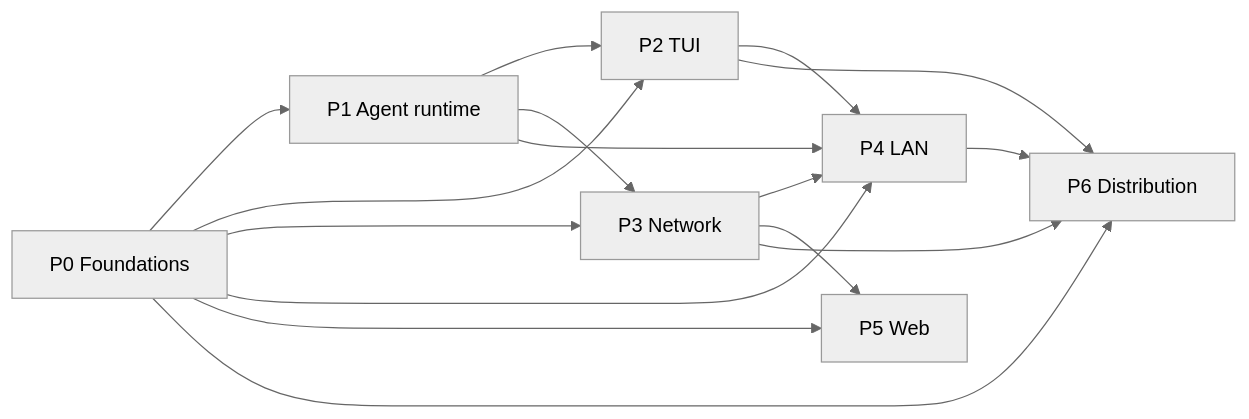
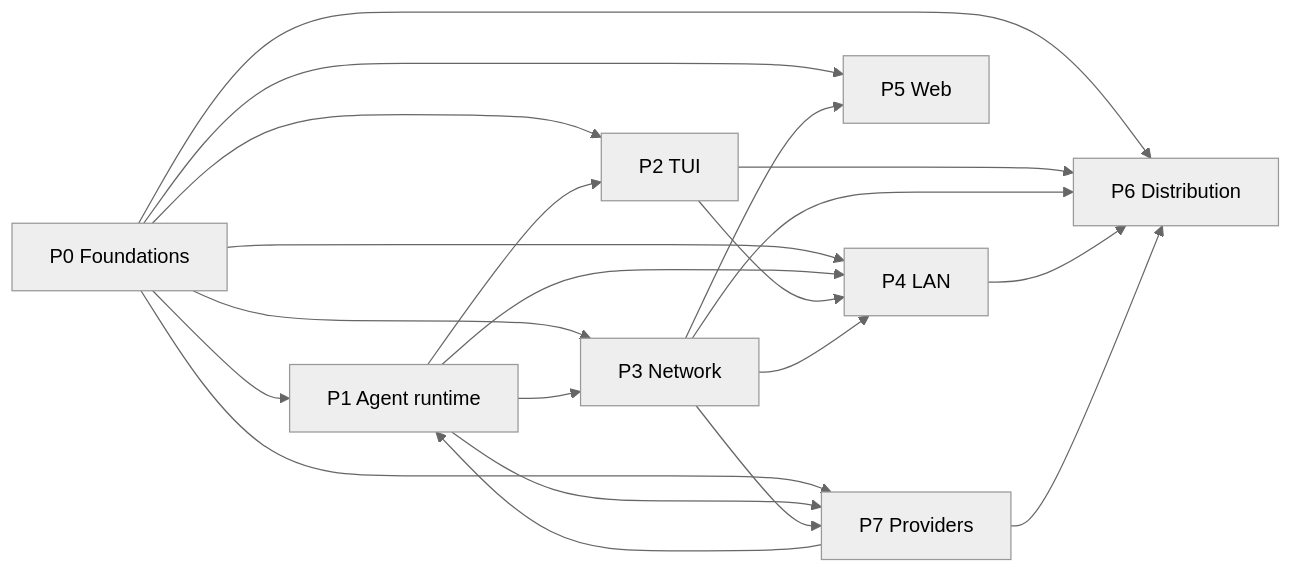
One commit to Caffeine-Driven-LLC/Centcom-backend changed the second of 2 diagrams in plan/GRAPH.md. Above: the diagram before and after it, drawn with Mermaid (neutral theme). The commit also changed other lines of this file and 121 other files, not shown here.

````diff
--- a/plan/GRAPH.md
+++ b/plan/GRAPH.md
@@ -83,25 +88,31 @@
 ```mermaid
 flowchart LR
   P0["P0 Foundations"]
   P1["P1 Agent runtime"]
   P2["P2 TUI"]
   P3["P3 Network"]
   P4["P4 LAN"]
   P5["P5 Web"]
   P6["P6 Distribution"]
+  P7["P7 Providers"]
   P0 --> P1
   P0 --> P2
   P0 --> P3
   P0 --> P4
   P0 --> P5
   P0 --> P6
+  P0 --> P7
   P1 --> P2
   P1 --> P3
   P1 --> P4
+  P1 --> P7
   P2 --> P4
   P2 --> P6
   P3 --> P4
   P3 --> P5
   P3 --> P6
+  P3 --> P7
   P4 --> P6
+  P7 --> P1
+  P7 --> P6
 ```
````
